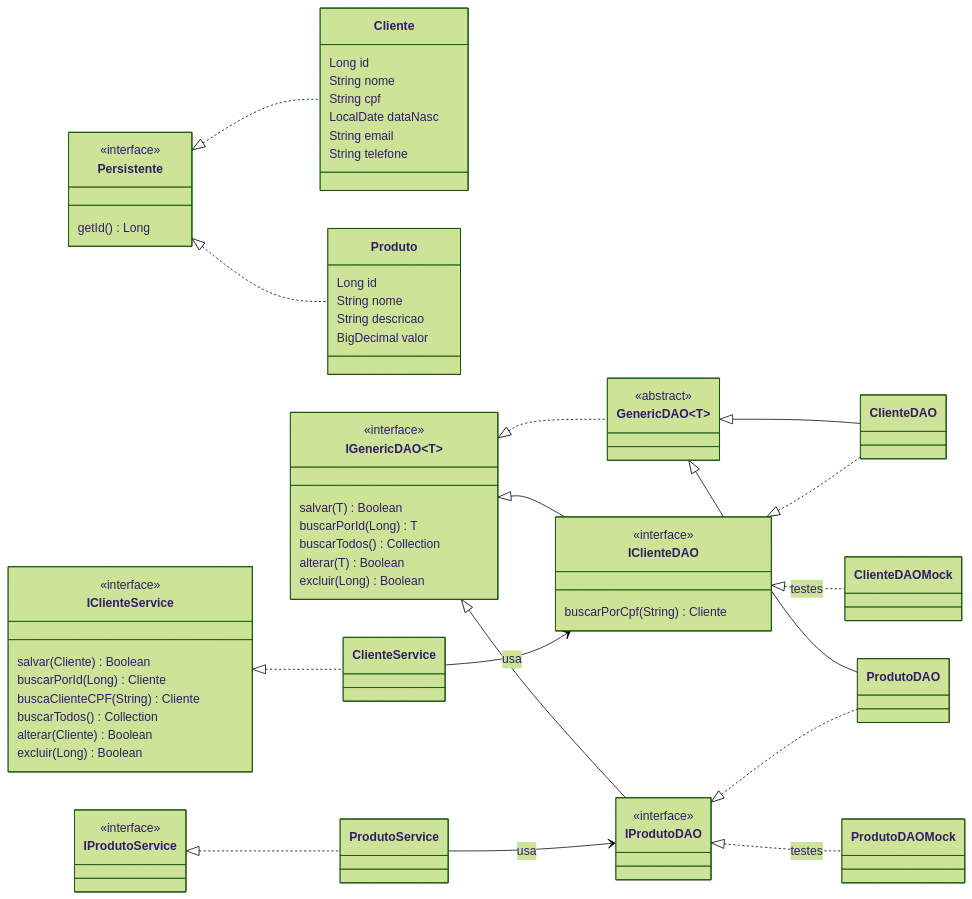
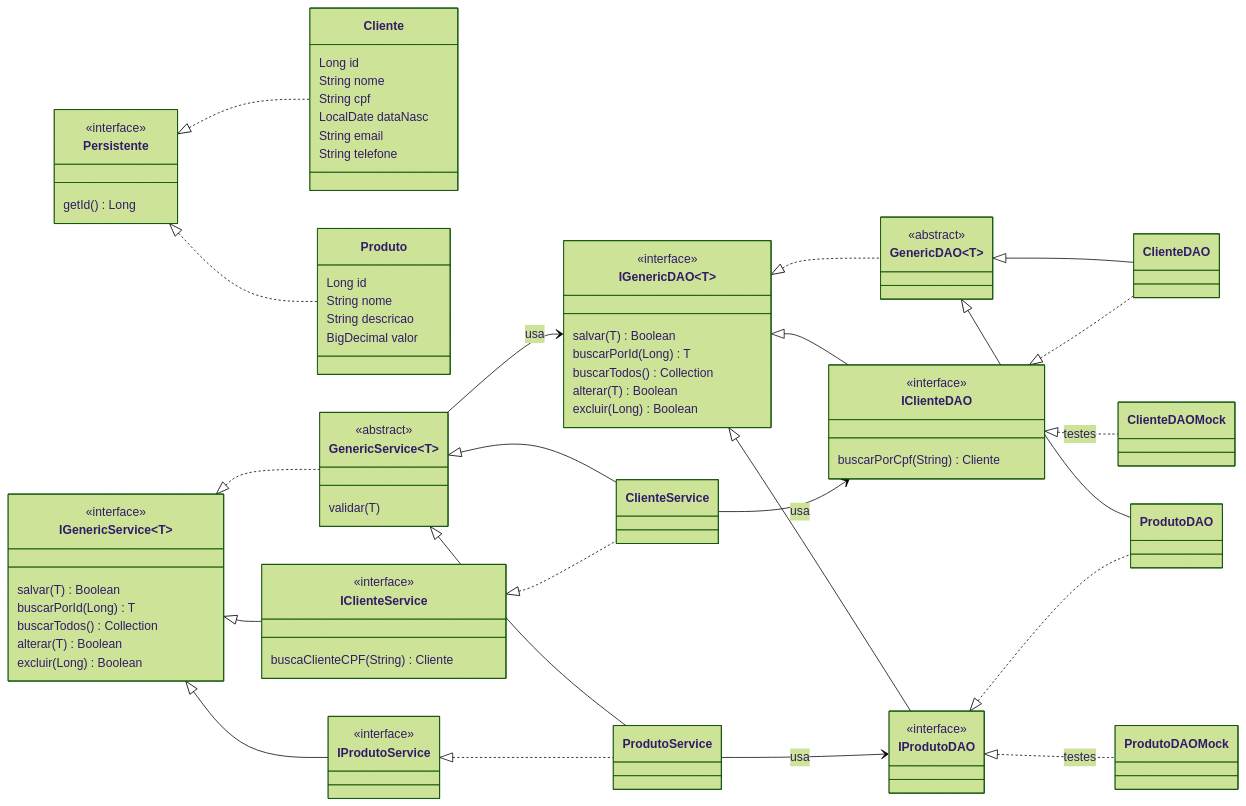
Before and after one commit to gabedossa/mod_25_projeto_2: the diagram in README.md, drawn with Mermaid (forest theme). The commit also changed other lines of this file, not shown here.

Commit message:
Atualiza README com o GenericService e a contagem de testes

```diff
--- a/README.md
+++ b/README.md
@@ -48,14 +48,21 @@
         String descricao
         BigDecimal valor
     }
+    class IGenericService~T~ {
+        <<interface>>
+        salvar(T) Boolean
+        buscarPorId(Long) T
+        buscarTodos() Collection
+        alterar(T) Boolean
+        excluir(Long) Boolean
+    }
+    class GenericService~T~ {
+        <<abstract>>
+        validar(T)
+    }
     class IClienteService {
         <<interface>>
-        salvar(Cliente) Boolean
-        buscarPorId(Long) Cliente
         buscaClienteCPF(String) Cliente
-        buscarTodos() Collection
-        alterar(Cliente) Boolean
-        excluir(Long) Boolean
     }
     class Persistente {
         <<interface>>
@@ -91,6 +98,13 @@
     GenericDAO <|-- ClienteDAO
     GenericDAO <|-- ProdutoDAO
 
+    IGenericService <|.. GenericService
+    IGenericService <|-- IClienteService
+    IGenericService <|-- IProdutoService
+    GenericService <|-- ClienteService
+    GenericService <|-- ProdutoService
+    GenericService --> IGenericDAO : usa
+
     IClienteService <|.. ClienteService
     ClienteService --> IClienteDAO : usa
     IClienteDAO <|.. ClienteDAO
```
